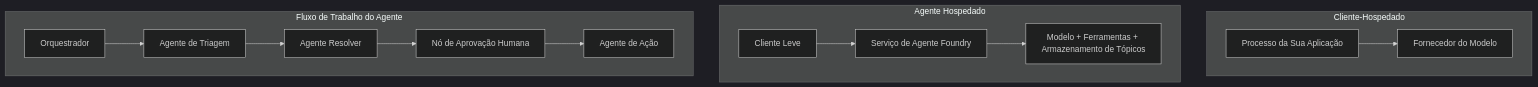
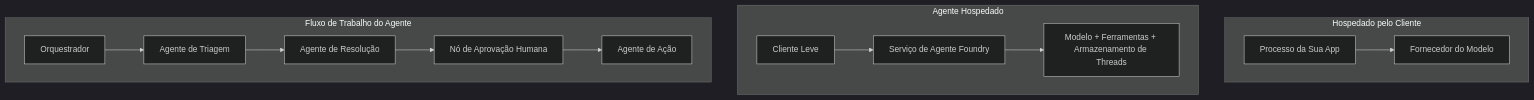
The first of 4 diagrams in mirrors/repos/microsoft@ai-agents-for-beginners/translations/pt-PT/16-deploying-scalable-agents/README.md (gabrielmoreira/agent-skills-mirror), drawn with Mermaid (dark theme) before and after one commit. The commit also changed other lines of this file and 3581 other files, not shown here.

````diff
--- a/mirrors/repos/microsoft@ai-agents-for-beginners/translations/pt-PT/16-deploying-scalable-agents/README.md
+++ b/mirrors/repos/microsoft@ai-agents-for-beginners/translations/pt-PT/16-deploying-scalable-agents/README.md
@@ -87,16 +87,16 @@
 ```mermaid
 flowchart TB
-    subgraph P1[Cliente-Hospedado]
-        A1[Processo da Sua Aplicação] --> M1[Fornecedor do Modelo]
+    subgraph P1[Hospedado pelo Cliente]
+        A1[Processo da Sua App] --> M1[Fornecedor do Modelo]
     end
     subgraph P2[Agente Hospedado]
         A2[Cliente Leve] --> F2[Serviço de Agente Foundry]
-        F2 --> M2[Modelo + Ferramentas + Armazenamento de Tópicos]
+        F2 --> M2[Modelo + Ferramentas + Armazenamento de Threads]
     end
     subgraph P3[Fluxo de Trabalho do Agente]
         A3[Orquestrador] --> S1[Agente de Triagem]
-        S1 --> S2[Agente Resolver]
+        S1 --> S2[Agente de Resolução]
         S2 --> H[Nó de Aprovação Humana]
         H --> S3[Agente de Ação]
     end
 ```
````
